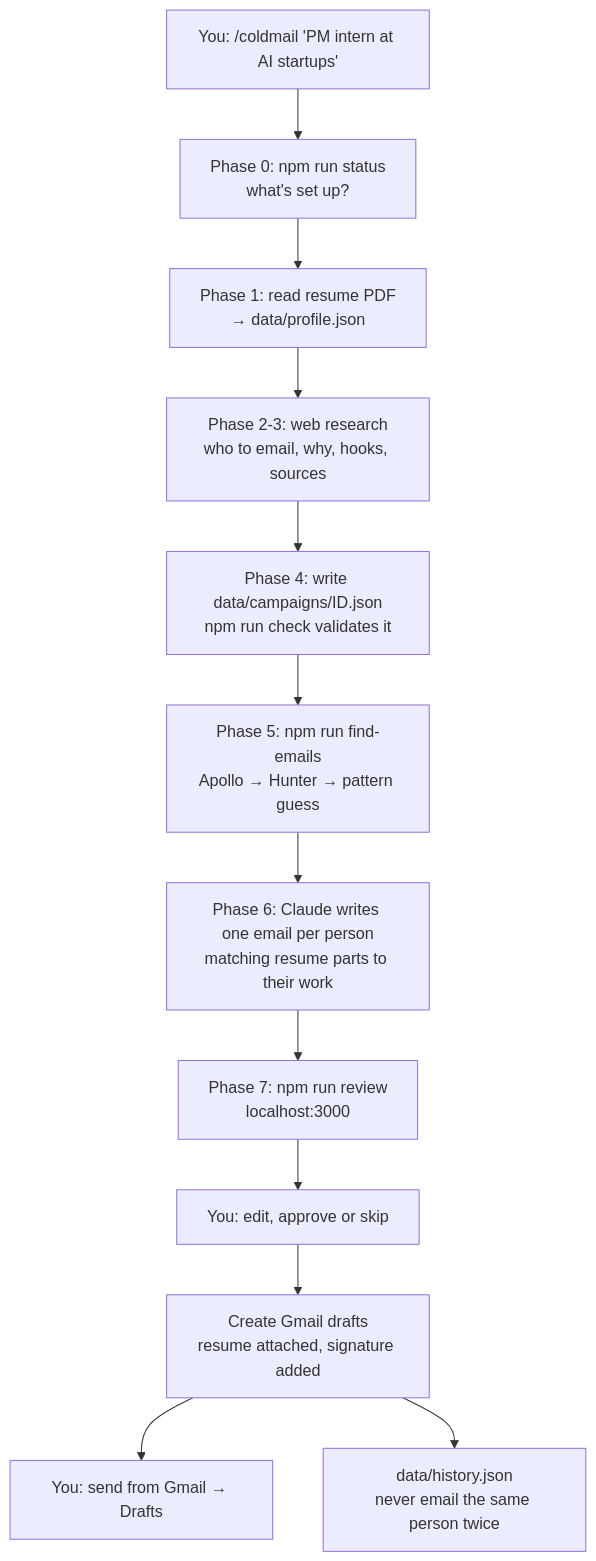
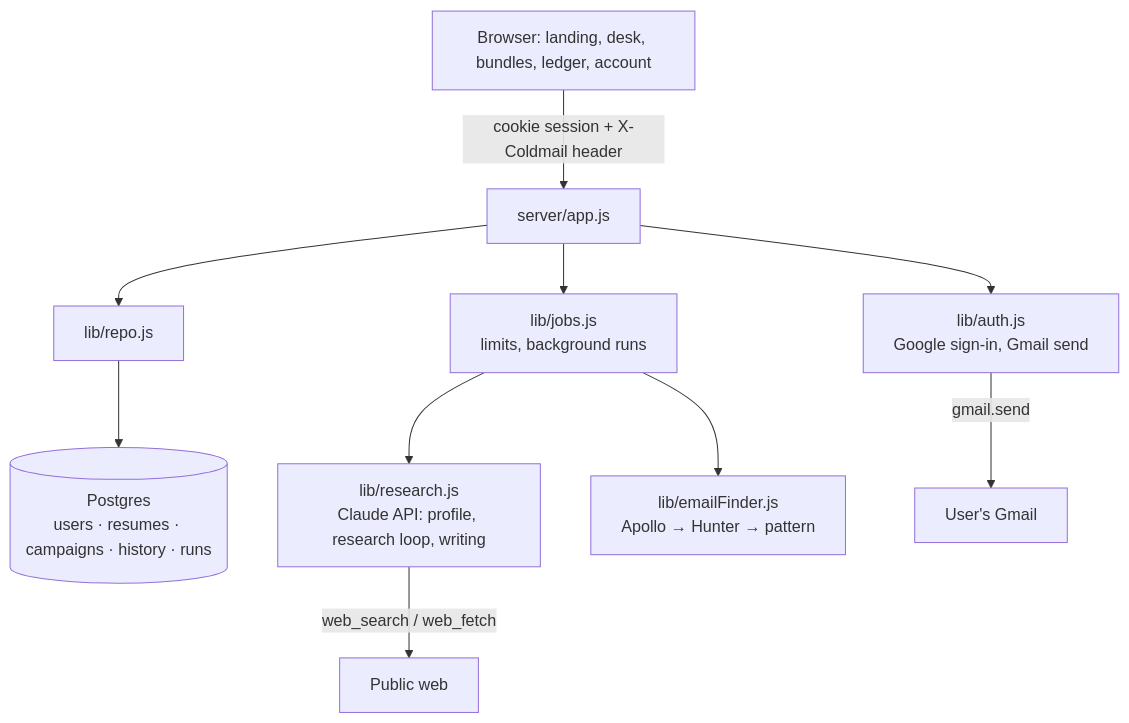
One commit to shataksha45-shiiii/Cold-Mail changed the diagram in ARCHITECTURE.md. Above: the diagram before and after it, drawn with Mermaid. The commit also changed other lines of this file and 35 other files, not shown here.

First line of the commit message:
Add hosted multi-user version of coldmail

````diff
--- a/ARCHITECTURE.md
+++ b/ARCHITECTURE.md
@@ -17,14 +3,12 @@
 ```mermaid
 flowchart TD
-    A[You: /coldmail 'PM intern at AI startups'] --> B[Phase 0: npm run status<br/>what's set up?]
-    B --> C[Phase 1: read resume PDF<br/>→ data/profile.json]
-    C --> D[Phase 2-3: web research<br/>who to email, why, hooks, sources]
-    D --> E[Phase 4: write data/campaigns/ID.json<br/>npm run check validates it]
-    E --> F[Phase 5: npm run find-emails<br/>Apollo → Hunter → pattern guess]
-    F --> G[Phase 6: Claude writes one email per person<br/>matching resume parts to their work]
-    G --> H[Phase 7: npm run review<br/>localhost:3000]
-    H --> I[You: edit, approve or skip]
-    I --> J[Create Gmail drafts<br/>resume attached, signature added]
-    J --> K[You: send from Gmail → Drafts]
-    J --> L[data/history.json<br/>never email the same person twice]
+    U[Browser: landing, desk, bundles, ledger, account] -->|cookie session + X-Coldmail header| S[server/app.js]
+    S --> A[lib/auth.js<br/>Google sign-in, Gmail send]
+    S --> R[lib/repo.js]
+    R --> D[(Postgres<br/>users · resumes · campaigns · history · runs)]
+    S --> J[lib/jobs.js<br/>limits, background runs]
+    J --> C[lib/research.js<br/>Claude API: profile, research loop, writing]
+    C -->|web_search / web_fetch| W[Public web]
+    J --> E[lib/emailFinder.js<br/>Apollo → Hunter → pattern]
+    A -->|gmail.send| G[User's Gmail]
 ```
````
